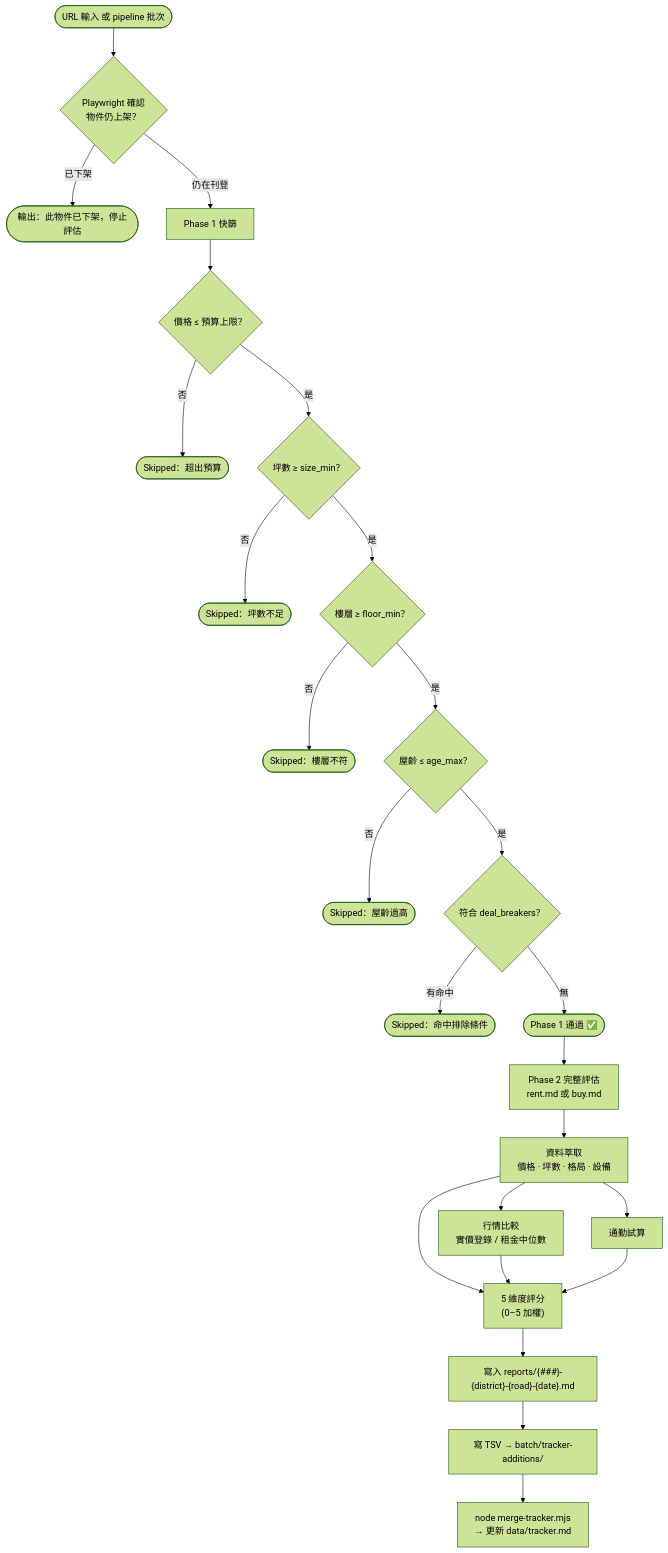
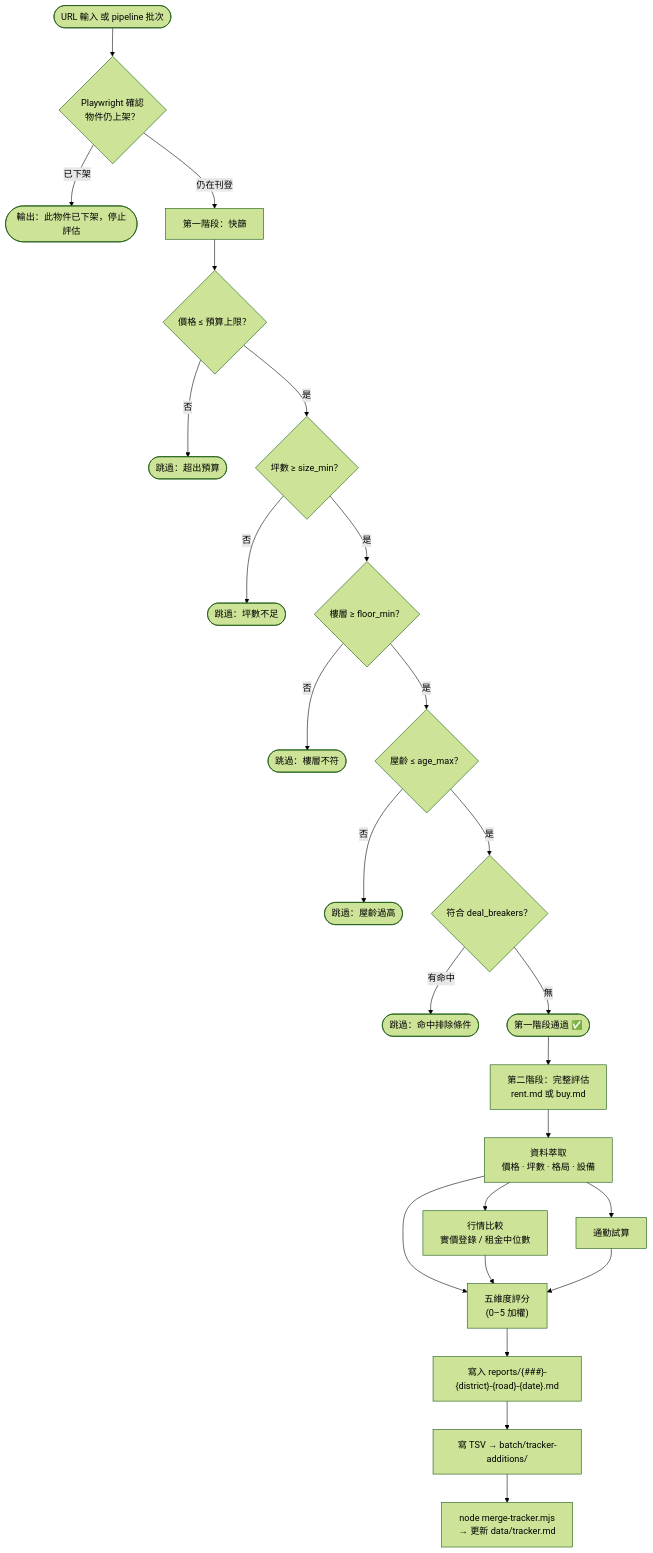
The third of 7 diagrams in TUTORIAL.md (kylinfish/tw-house-ops), drawn with Mermaid (forest theme) before and after one commit. The commit also changed other lines of this file and 1 other file, not shown here.

````diff
--- a/TUTORIAL.md
+++ b/TUTORIAL.md
@@ -72,29 +72,29 @@
 ```mermaid
 flowchart TD
     Input([URL 輸入 或 pipeline 批次]) --> Live{"Playwright 確認\n物件仍上架？"}
     Live -->|已下架| Dead(["輸出：此物件已下架，停止評估"])
-    Live -->|仍在刊登| P1["Phase 1 快篩"]
+    Live -->|仍在刊登| P1["第一階段：快篩"]
 
     P1 --> PC{"價格 ≤ 預算上限？"}
-    PC -->|否| SK1(["Skipped：超出預算"])
+    PC -->|否| SK1(["跳過：超出預算"])
     PC -->|是| SC{"坪數 ≥ size_min？"}
-    SC -->|否| SK2(["Skipped：坪數不足"])
+    SC -->|否| SK2(["跳過：坪數不足"])
     SC -->|是| FC{"樓層 ≥ floor_min？"}
-    FC -->|否| SK3(["Skipped：樓層不符"])
+    FC -->|否| SK3(["跳過：樓層不符"])
     FC -->|是| AC{"屋齡 ≤ age_max？"}
-    AC -->|否| SK4(["Skipped：屋齡過高"])
+    AC -->|否| SK4(["跳過：屋齡過高"])
     AC -->|是| DB{"符合 deal_breakers？"}
-    DB -->|有命中| SK5(["Skipped：命中排除條件"])
-    DB -->|無| Qualified(["Phase 1 通過 ✅"])
+    DB -->|有命中| SK5(["跳過：命中排除條件"])
+    DB -->|無| Qualified(["第一階段通過 ✅"])
 
-    Qualified --> P2["Phase 2 完整評估\nrent.md 或 buy.md"]
+    Qualified --> P2["第二階段：完整評估\nrent.md 或 buy.md"]
     P2 --> Extract[資料萃取\n價格 · 坪數 · 格局 · 設備]
     Extract --> PriceAna[行情比較\n實價登錄 / 租金中位數]
     Extract --> Commute[通勤試算]
-    Extract --> Score["5 維度評分\n(0–5 加權)"]
+    Extract --> Score["五維度評分\n(0–5 加權)"]
     PriceAna --> Score
     Commute --> Score
     Score --> Report["寫入 reports/{###}-{district}-{road}-{date}.md"]
     Report --> TSV["寫 TSV → batch/tracker-additions/"]
     TSV --> Merge["node merge-tracker.mjs\n→ 更新 data/tracker.md"]
 ```
````
